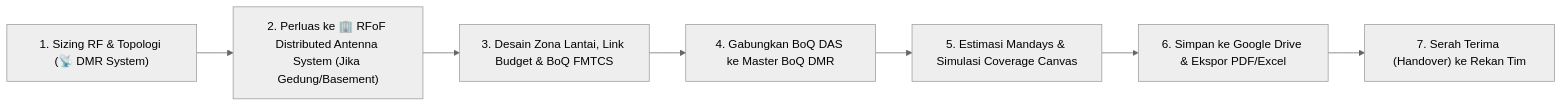
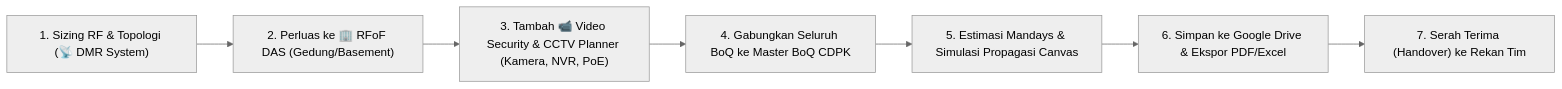
The first of 2 diagrams in USER_GUIDE.md (tech-sol-id/cdpk-system-planner), drawn with Mermaid (neutral theme) before and after one commit. The commit also changed other lines of this file and 7 other files, not shown here.

First line of the commit message:
feat(cctv): implement Phase 1 Open Multi-Brand CCTV Surveillance & NVR Planner v8.6.0

````diff
--- a/USER_GUIDE.md
+++ b/USER_GUIDE.md
@@ -99,9 +111,9 @@
 ```mermaid
 flowchart LR
-    Step1["1. Sizing RF & Topologi (📡 DMR System)"] --> Step2["2. Perluas ke 🏢 RFoF Distributed Antenna System (Jika Gedung/Basement)"]
-    Step2 --> Step3["3. Desain Zona Lantai, Link Budget & BoQ FMTCS"]
-    Step3 --> Step4["4. Gabungkan BoQ DAS ke Master BoQ DMR"]
-    Step4 --> Step5["5. Estimasi Mandays & Simulasi Coverage Canvas"]
+    Step1["1. Sizing RF & Topologi (📡 DMR System)"] --> Step2["2. Perluas ke 🏢 RFoF DAS (Gedung/Basement)"]
+    Step2 --> Step3["3. Tambah 📹 Video Security & CCTV Planner (Kamera, NVR, PoE)"]
+    Step3 --> Step4["4. Gabungkan Seluruh BoQ ke Master BoQ CDPK"]
+    Step4 --> Step5["5. Estimasi Mandays & Simulasi Propagasi Canvas"]
     Step5 --> Step6["6. Simpan ke Google Drive & Ekspor PDF/Excel"]
     Step6 --> Step7["7. Serah Terima (Handover) ke Rekan Tim"]
 ```
````
